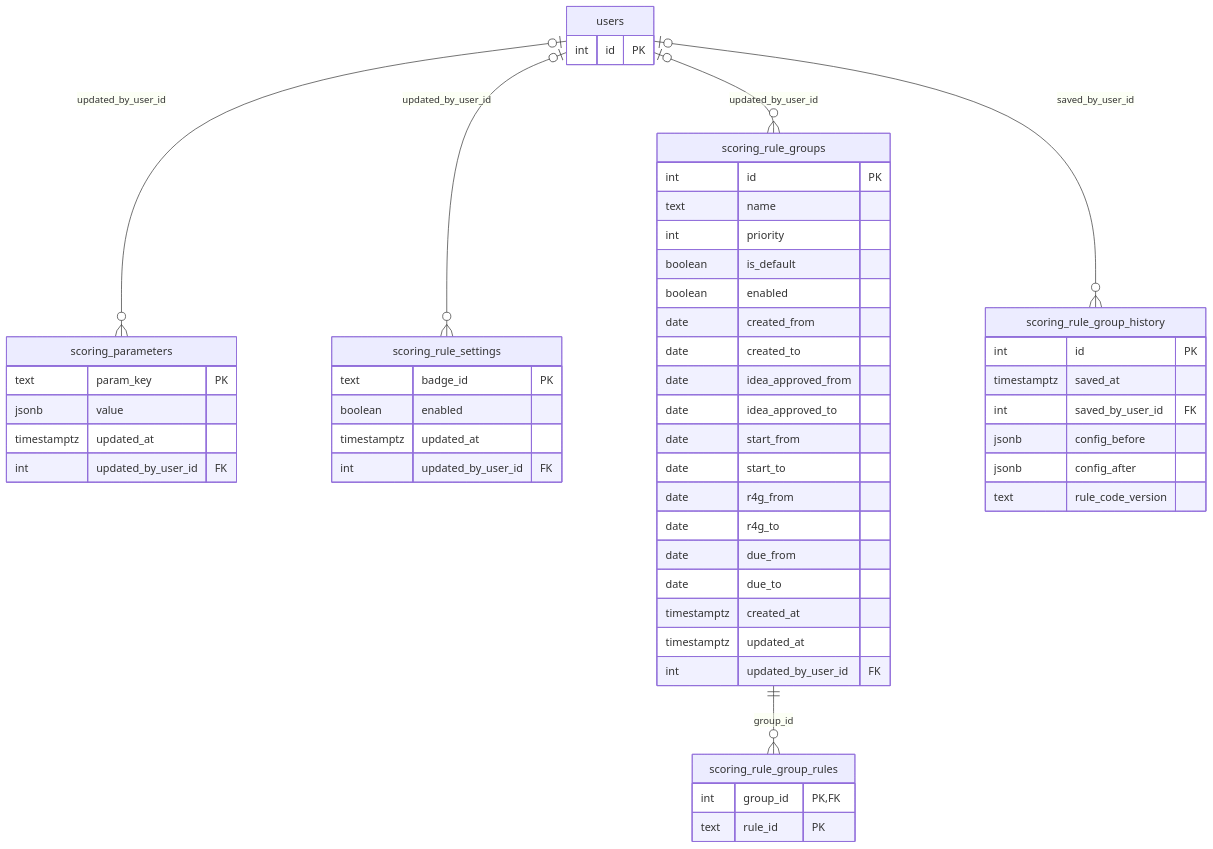
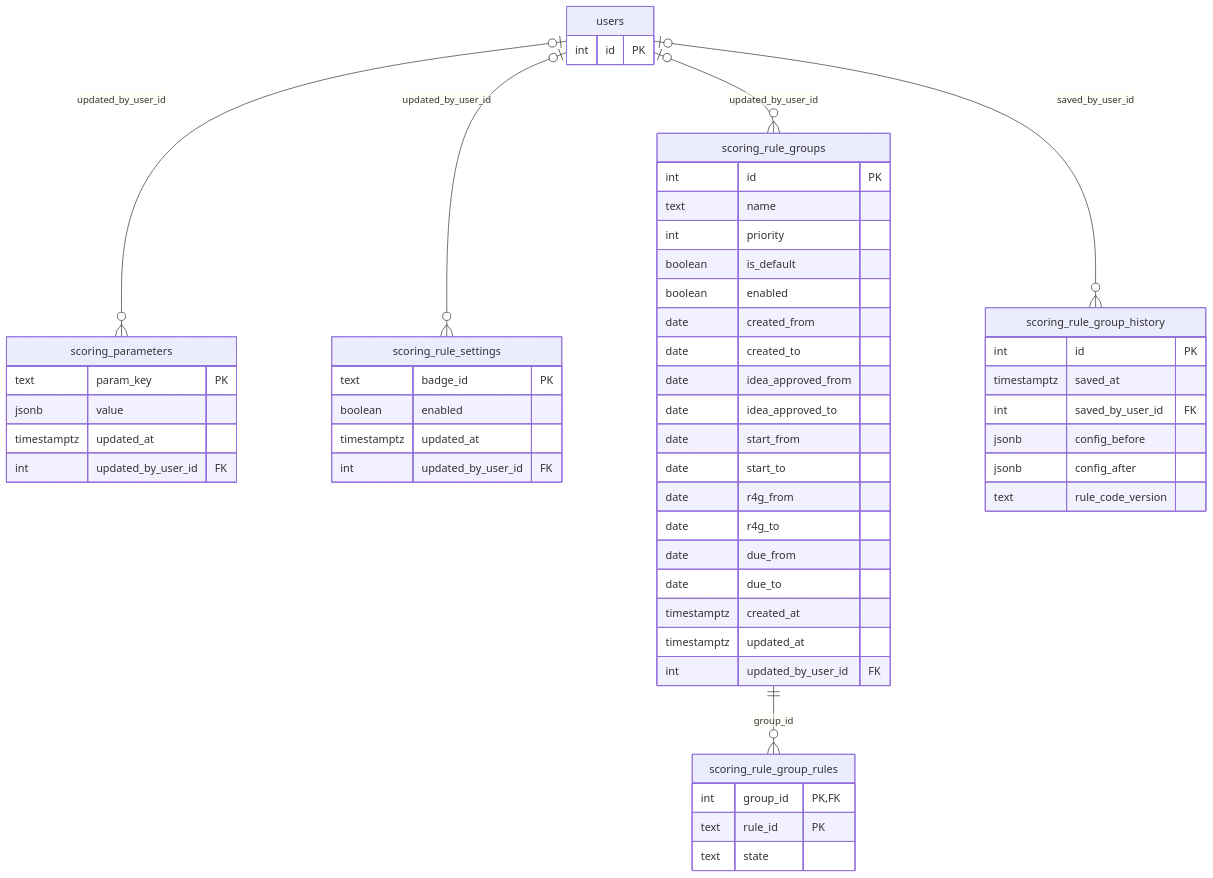
Before and after one commit to dminhbb/ttm-tool: the sixth of 12 diagrams in docs/database-erd.md, drawn with Mermaid. The commit also changed other lines of this file and 26 other files, not shown here.

````diff
--- a/docs/database-erd.md
+++ b/docs/database-erd.md
@@ -927,55 +927,56 @@
 ```mermaid
 erDiagram
     scoring_parameters {
         text param_key PK
         jsonb value
         timestamptz updated_at
         int updated_by_user_id FK
     }
     scoring_rule_settings {
         text badge_id PK
         boolean enabled
         timestamptz updated_at
         int updated_by_user_id FK
     }
     scoring_rule_groups {
         int id PK
         text name
         int priority
         boolean is_default
         boolean enabled
         date created_from
         date created_to
         date idea_approved_from
         date idea_approved_to
         date start_from
         date start_to
         date r4g_from
         date r4g_to
         date due_from
         date due_to
         timestamptz created_at
         timestamptz updated_at
         int updated_by_user_id FK
     }
     scoring_rule_group_rules {
         int group_id PK, FK
         text rule_id PK
+        text state
     }
     scoring_rule_group_history {
         int id PK
         timestamptz saved_at
         int saved_by_user_id FK
         jsonb config_before
         jsonb config_after
         text rule_code_version
     }
     users {
         int id PK
     }
     users |o--o{ scoring_parameters : "updated_by_user_id"
     users |o--o{ scoring_rule_settings : "updated_by_user_id"
     users |o--o{ scoring_rule_groups : "updated_by_user_id"
     scoring_rule_groups ||--o{ scoring_rule_group_rules : "group_id"
     users |o--o{ scoring_rule_group_history : "saved_by_user_id"
 ```
````
